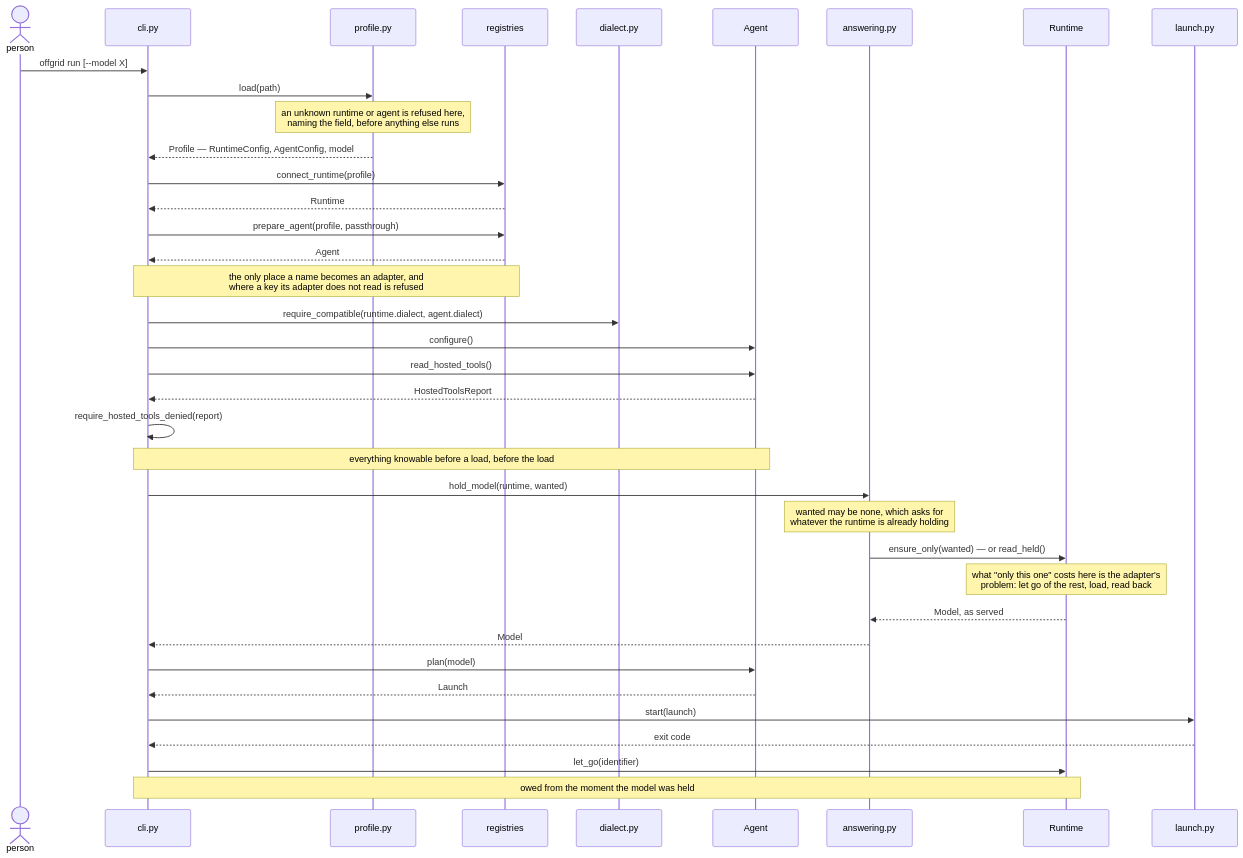
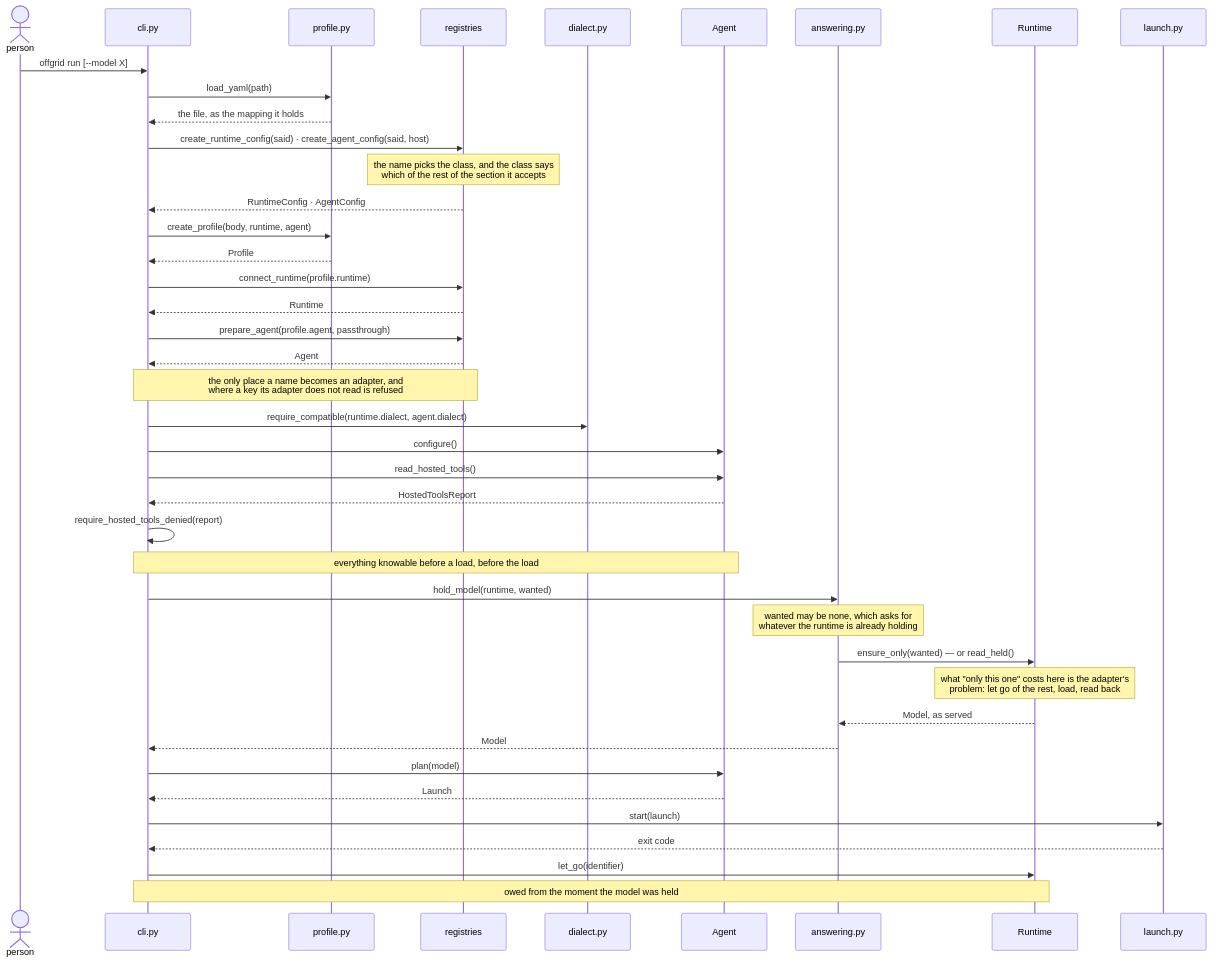
One commit to pvardanis/offgrid changed the second of 3 diagrams in docs/architecture.md. Above: the diagram before and after it, drawn with Mermaid. The commit also changed other lines of this file and 3 other files, not shown here.

````diff
--- a/docs/architecture.md
+++ b/docs/architecture.md
@@ -151,40 +151,44 @@
 ```mermaid
 sequenceDiagram
     actor P as person
     participant C as cli.py
     participant F as profile.py
     participant G as registries
     participant D as dialect.py
     participant A as Agent
     participant H as answering.py
     participant R as Runtime
     participant L as launch.py
 
     P->>C: offgrid run [--model X]
-    C->>F: load(path)
-    Note over F: an unknown runtime or agent is refused here,<br/>naming the field, before anything else runs
-    F-->>C: Profile — RuntimeConfig, AgentConfig, model
-    C->>G: connect_runtime(profile)
+    C->>F: load_yaml(path)
+    F-->>C: the file, as the mapping it holds
+    C->>G: create_runtime_config(said) · create_agent_config(said, host)
+    Note over G: the name picks the class, and the class says<br/>which of the rest of the section it accepts
+    G-->>C: RuntimeConfig · AgentConfig
+    C->>F: create_profile(body, runtime, agent)
+    F-->>C: Profile
+    C->>G: connect_runtime(profile.runtime)
     G-->>C: Runtime
-    C->>G: prepare_agent(profile, passthrough)
+    C->>G: prepare_agent(profile.agent, passthrough)
     G-->>C: Agent
     Note over C,G: the only place a name becomes an adapter, and<br/>where a key its adapter does not read is refused
     C->>D: require_compatible(runtime.dialect, agent.dialect)
     C->>A: configure()
     C->>A: read_hosted_tools()
     A-->>C: HostedToolsReport
     C->>C: require_hosted_tools_denied(report)
     Note over C,A: everything knowable before a load, before the load
     C->>H: hold_model(runtime, wanted)
     Note over H: wanted may be none, which asks for<br/>whatever the runtime is already holding
     H->>R: ensure_only(wanted) — or read_held()
     Note over R: what "only this one" costs here is the adapter's<br/>problem: let go of the rest, load, read back
     R-->>H: Model, as served
     H-->>C: Model
     C->>A: plan(model)
     A-->>C: Launch
     C->>L: start(launch)
     L-->>C: exit code
     C->>R: let_go(identifier)
     Note over C,R: owed from the moment the model was held
 ```
````
